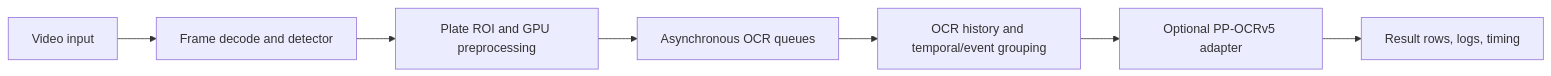
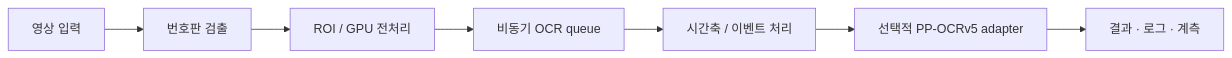
Before and after one commit to universefreedom/fuzzy: the first of 2 diagrams in README.md, drawn with Mermaid. The commit also changed other lines of this file and 9 other files, not shown here.

````diff
--- a/README.md
+++ b/README.md
@@ -26,9 +35,9 @@
 ```mermaid
 flowchart LR
-    V[Video input] --> D[Frame decode and detector]
-    D --> R[Plate ROI and GPU preprocessing]
-    R --> O[Asynchronous OCR queues]
-    O --> H[OCR history and temporal/event grouping]
-    H --> P[Optional PP-OCRv5 adapter]
-    P --> X[Result rows, logs, timing]
+    V[영상 입력] --> D[번호판 검출]
+    D --> R[ROI / GPU 전처리]
+    R --> O[비동기 OCR queue]
+    O --> H[시간축 / 이벤트 처리]
+    H --> P[선택적 PP-OCRv5 adapter]
+    P --> X[결과 · 로그 · 계측]
 ```
````
